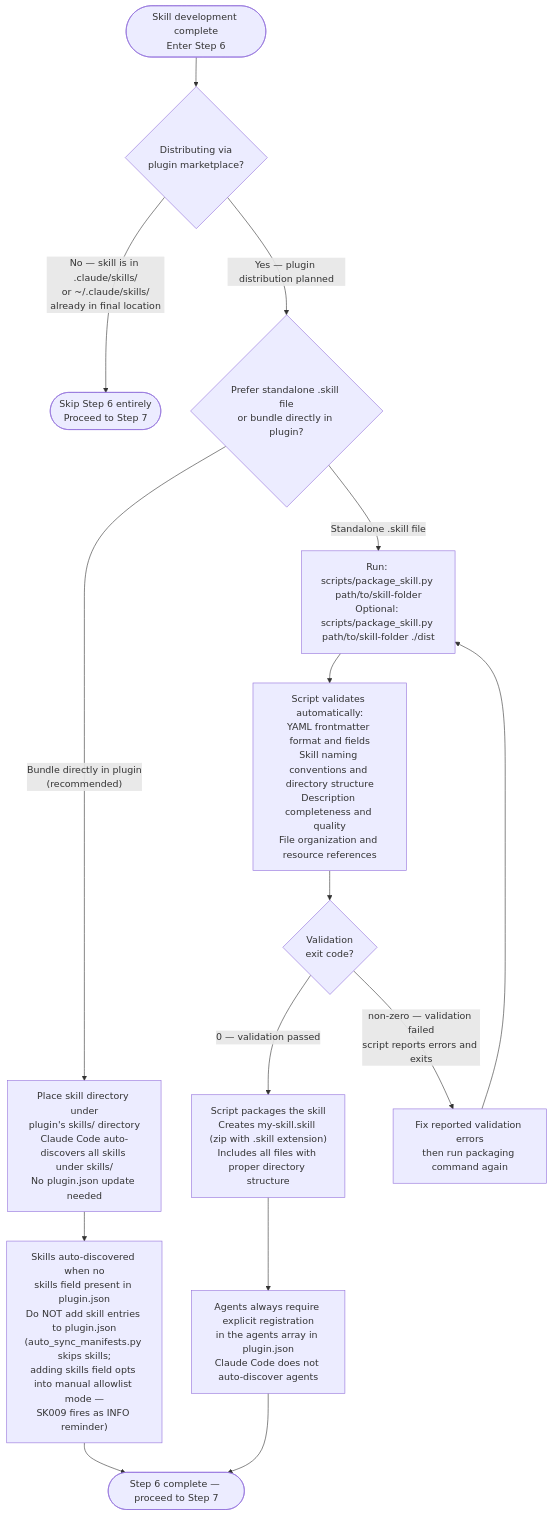
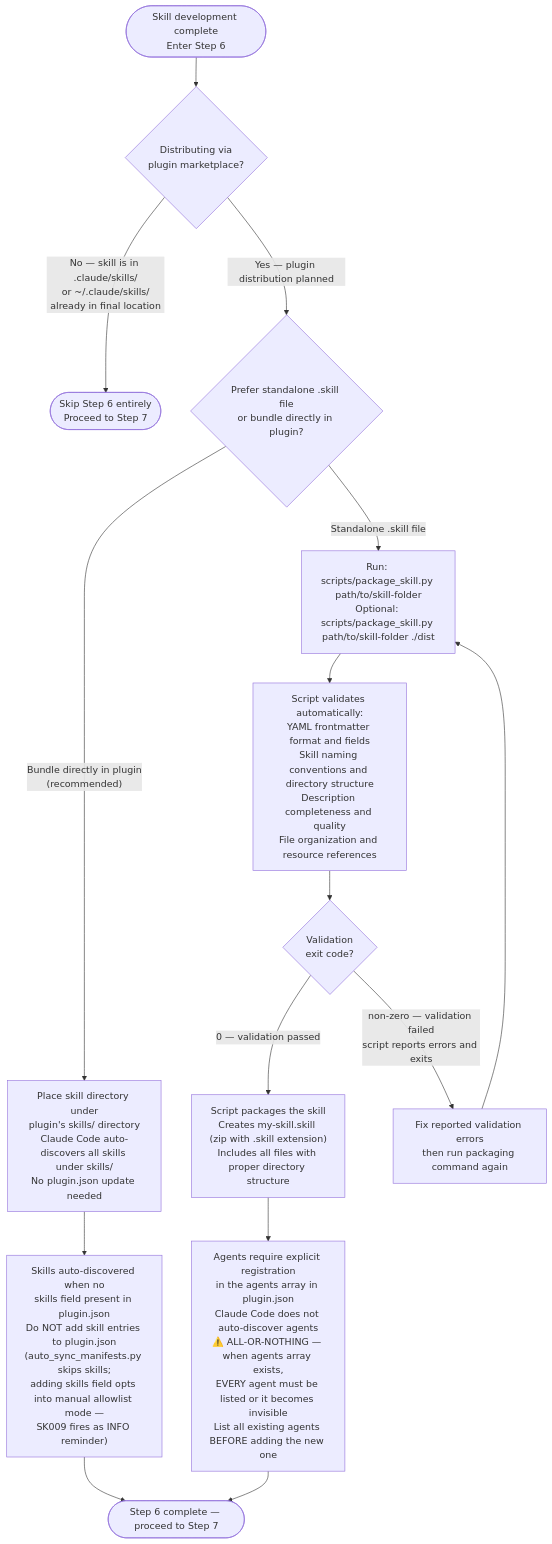
The fifth of 5 diagrams in plugins/plugin-creator/skills/skill-creator/SKILL.md (chgreer1070/claude_skills), drawn with Mermaid before and after one commit. The commit also changed 10 other files, not shown here.

````diff
--- a/plugins/plugin-creator/skills/skill-creator/SKILL.md
+++ b/plugins/plugin-creator/skills/skill-creator/SKILL.md
@@ -599,17 +599,17 @@
 ```mermaid
 flowchart TD
     Start(["Skill development complete<br>Enter Step 6"]) --> Q{"Distributing via<br>plugin marketplace?"}
     Q -->|"No — skill is in .claude/skills/<br>or ~/.claude/skills/<br>already in final location"| Skip(["Skip Step 6 entirely<br>Proceed to Step 7"])
     Q -->|"Yes — plugin distribution planned"| Q2{"Prefer standalone .skill file<br>or bundle directly in plugin?"}
     Q2 -->|"Bundle directly in plugin<br>(recommended)"| Bundle["Place skill directory under<br>plugin's skills/ directory<br>Claude Code auto-discovers all skills under skills/<br>No plugin.json update needed"]
     Q2 -->|"Standalone .skill file"| RunPkg["Run: scripts/package_skill.py path/to/skill-folder<br>Optional: scripts/package_skill.py path/to/skill-folder ./dist"]
     RunPkg --> Validate["Script validates automatically:<br>YAML frontmatter format and fields<br>Skill naming conventions and directory structure<br>Description completeness and quality<br>File organization and resource references"]
     Validate --> VQ{"Validation<br>exit code?"}
     VQ -->|"0 — validation passed"| Package["Script packages the skill<br>Creates my-skill.skill (zip with .skill extension)<br>Includes all files with proper directory structure"]
     VQ -->|"non-zero — validation failed<br>script reports errors and exits"| Fix["Fix reported validation errors<br>then run packaging command again"]
     Fix --> RunPkg
     Bundle --> SkillReg["Skills auto-discovered when no<br>skills field present in plugin.json<br>Do NOT add skill entries to plugin.json<br>(auto_sync_manifests.py skips skills;<br>adding skills field opts into manual allowlist mode —<br>SK009 fires as INFO reminder)"]
-    Package --> AgentReg["Agents always require explicit registration<br>in the agents array in plugin.json<br>Claude Code does not auto-discover agents"]
+    Package --> AgentReg["Agents require explicit registration<br>in the agents array in plugin.json<br>Claude Code does not auto-discover agents<br>⚠️ ALL-OR-NOTHING — when agents array exists,<br>EVERY agent must be listed or it becomes invisible<br>List all existing agents BEFORE adding the new one"]
     SkillReg --> Done(["Step 6 complete — proceed to Step 7"])
     AgentReg --> Done
 ```
````
